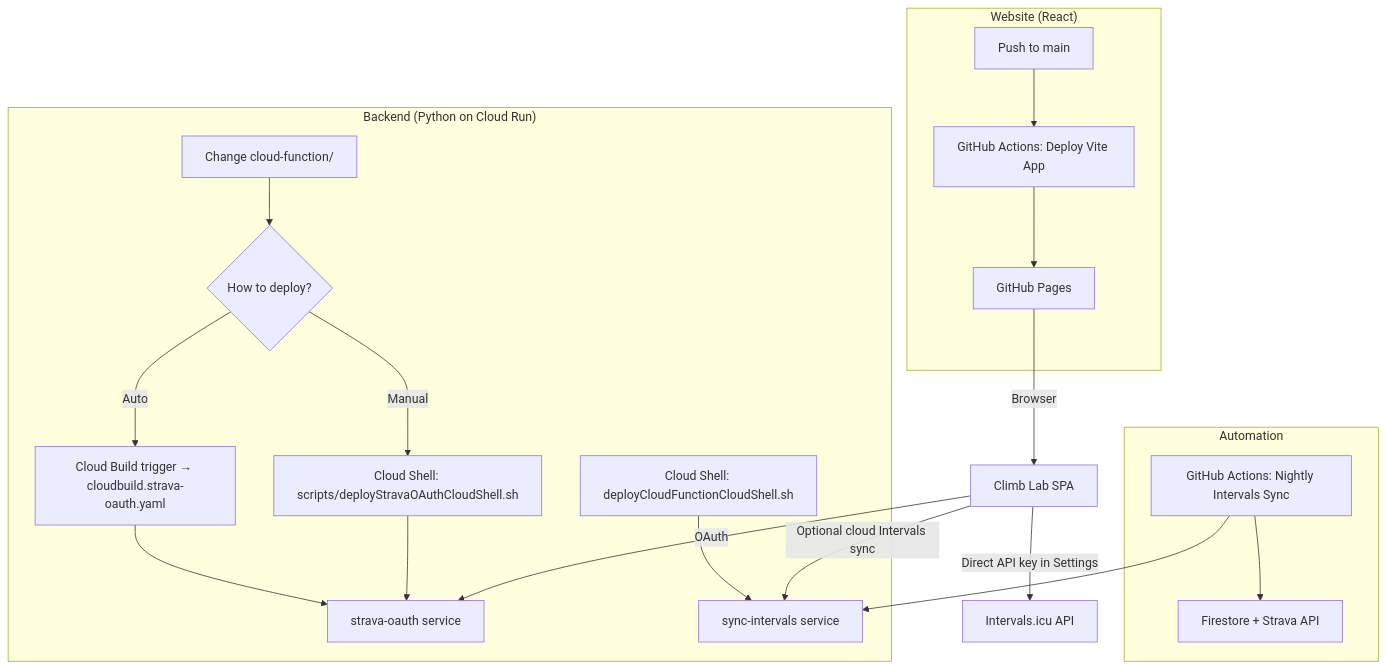
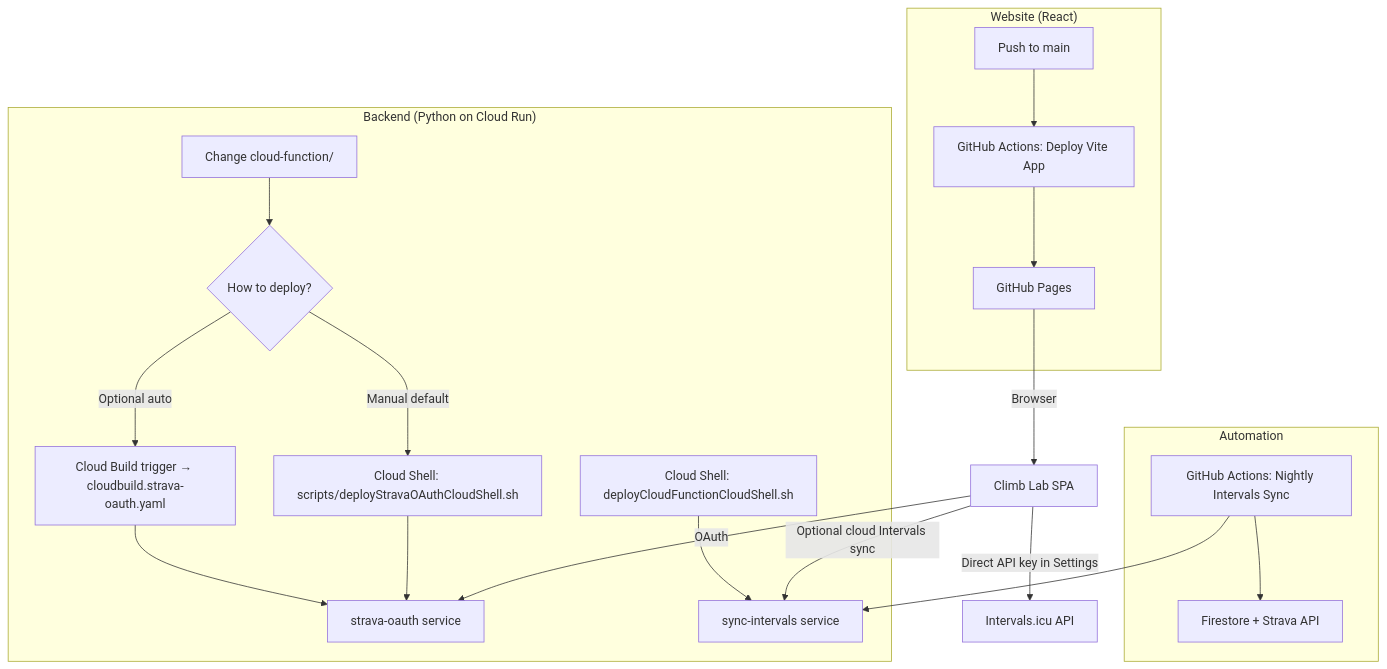
One commit to VCCharlie/Climb-Performance-Lab changed the diagram in docs/CLOUD_RUN_OVERVIEW.md. Above: the diagram before and after it, drawn with Mermaid. The commit also changed other lines of this file and 2 other files, not shown here.

First line of the commit message:
docs(ci): add script and guide to disable strava-oauth auto-deploy

````diff
--- a/docs/CLOUD_RUN_OVERVIEW.md
+++ b/docs/CLOUD_RUN_OVERVIEW.md
@@ -5,26 +5,26 @@
 ```mermaid
 flowchart TB
     subgraph frontend["Website (React)"]
         A[Push to main] --> B[GitHub Actions: Deploy Vite App]
         B --> C[GitHub Pages]
     end
 
     subgraph cloudrun["Backend (Python on Cloud Run)"]
         D[Change cloud-function/] --> E{How to deploy?}
-        E -->|Auto| F[Cloud Build trigger → cloudbuild.strava-oauth.yaml]
-        E -->|Manual| G[Cloud Shell: scripts/deployStravaOAuthCloudShell.sh]
+        E -->|Manual default| G[Cloud Shell: scripts/deployStravaOAuthCloudShell.sh]
+        E -->|Optional auto| F[Cloud Build trigger → cloudbuild.strava-oauth.yaml]
         F --> H[strava-oauth service]
         G --> H
         I[Cloud Shell: deployCloudFunctionCloudShell.sh] --> J[sync-intervals service]
     end
 
     subgraph nightly["Automation"]
         K[GitHub Actions: Nightly Intervals Sync] --> J
         K --> L[Firestore + Strava API]
     end
 
     C -->|Browser| M[Climb Lab SPA]
     M -->|OAuth| H
     M -->|Optional cloud Intervals sync| J
     M -->|Direct API key in Settings| N[Intervals.icu API]
 ```
````
